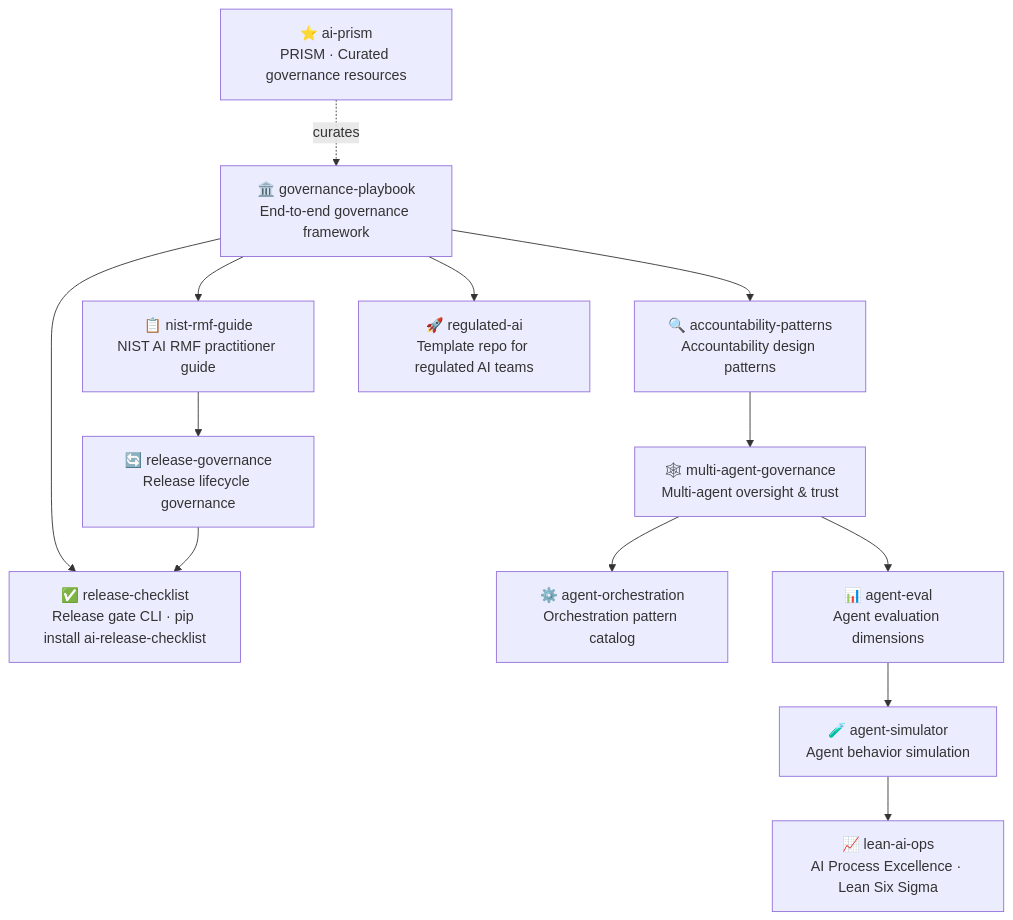
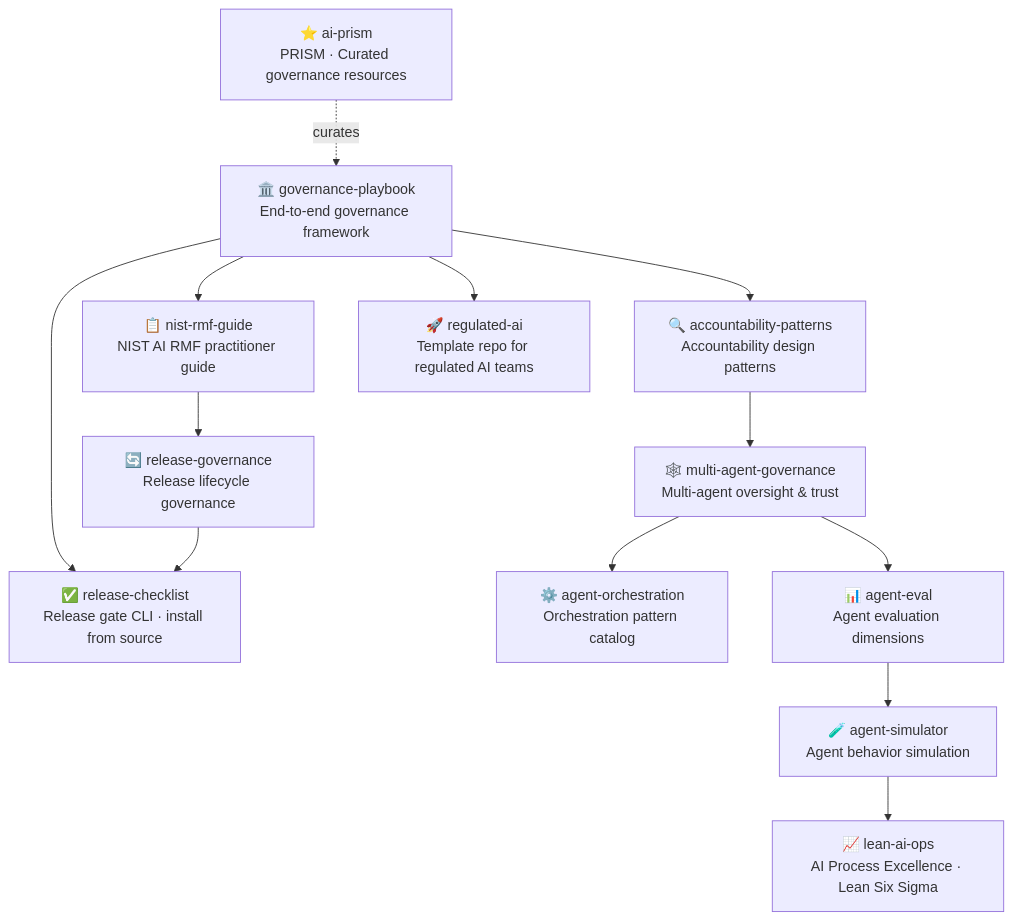
The diagram in README.md (simaba/simaba), drawn with Mermaid before and after one commit. The commit also changed other lines of this file, not shown here.

Commit message:
docs: correct install instructions to match actual CLI

````diff
--- a/README.md
+++ b/README.md
@@ -17,28 +17,28 @@
 ```mermaid
 flowchart TD
     GOV["🏛️ governance-playbook<br/>End-to-end governance framework"]
-    REL["✅ release-checklist<br/>Release gate CLI · pip install ai-release-checklist"]
+    REL["✅ release-checklist<br/>Release gate CLI · install from source"]
     NIST["📋 nist-rmf-guide<br/>NIST AI RMF practitioner guide"]
     RELGOV["🔄 release-governance<br/>Release lifecycle governance"]
     ACC["🔍 accountability-patterns<br/>Accountability design patterns"]
     MA["🕸️ multi-agent-governance<br/>Multi-agent oversight & trust"]
     MAOP["⚙️ agent-orchestration<br/>Orchestration pattern catalog"]
     EVAL["📊 agent-eval<br/>Agent evaluation dimensions"]
     SIM["🧪 agent-simulator<br/>Agent behavior simulation"]
     LSS["📈 lean-ai-ops<br/>AI Process Excellence · Lean Six Sigma"]
     STARTER["🚀 regulated-ai<br/>Template repo for regulated AI teams"]
     PRISM["⭐ ai-prism<br/>PRISM · Curated governance resources"]
 
     GOV --> REL
     GOV --> NIST
     NIST --> RELGOV
     RELGOV --> REL
     GOV --> ACC
     ACC --> MA
     MA --> MAOP
     MA --> EVAL
     EVAL --> SIM
     SIM --> LSS
     GOV --> STARTER
     PRISM -.->|curates| GOV
 ```
````
